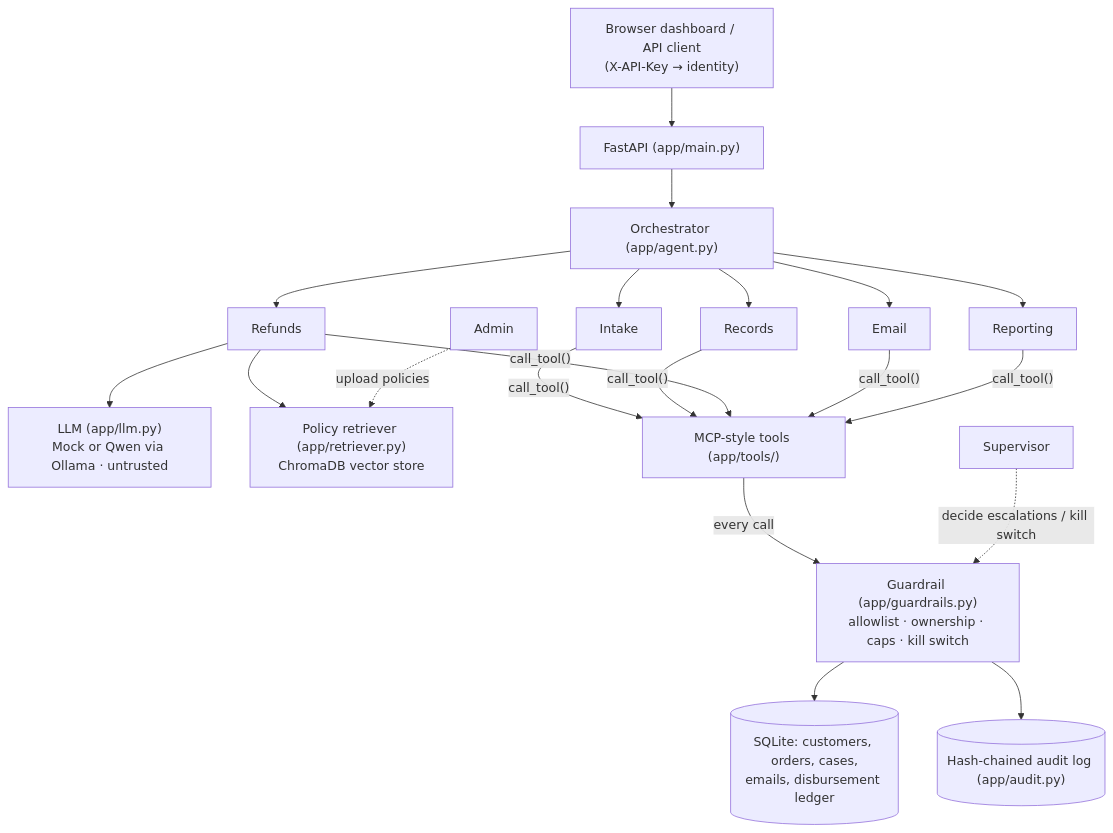
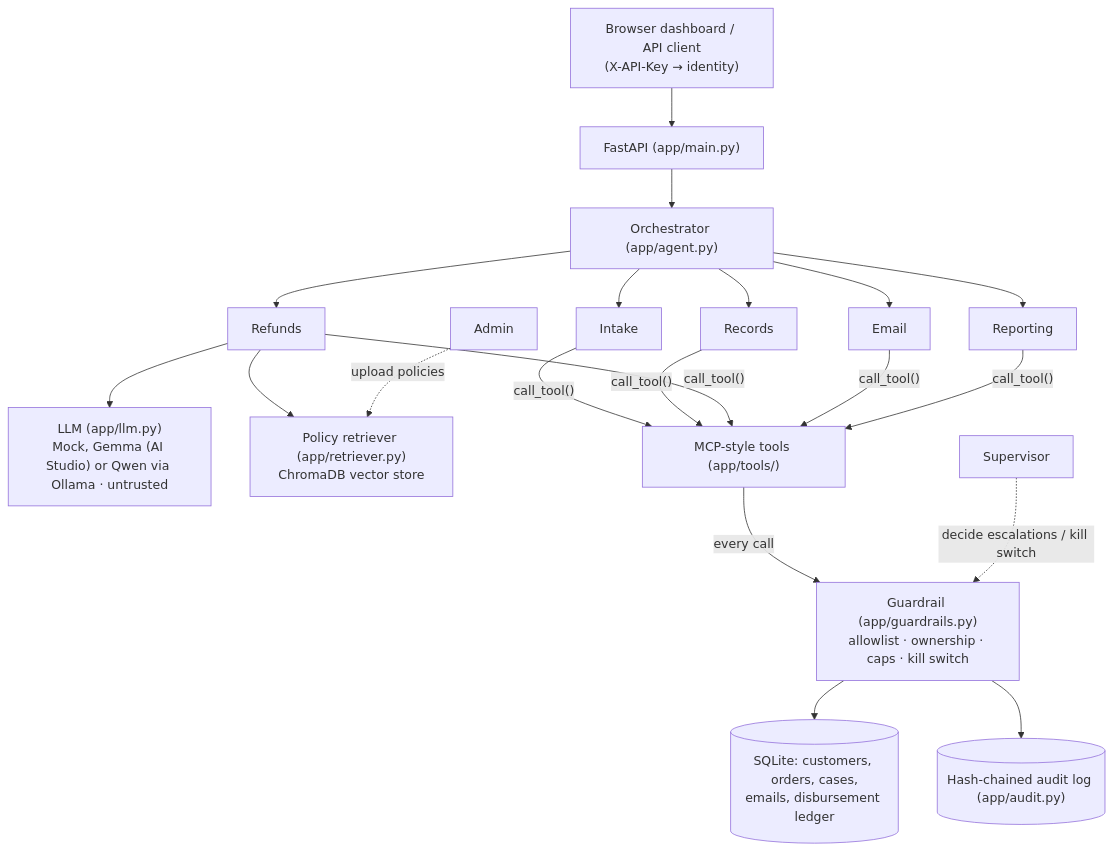
One commit to sujihancock/CSEN296-PROJECT-TEAM4 changed the diagram in README.md. Above: the diagram before and after it, drawn with Mermaid. The commit also changed other lines of this file and 9 other files, not shown here.

````diff
--- a/README.md
+++ b/README.md
@@ -53,14 +61,14 @@
 ```mermaid
 flowchart TD
     UI["Browser dashboard / API client<br/>(X-API-Key → identity)"] --> API["FastAPI (app/main.py)"]
     API --> Orch["Orchestrator (app/agent.py)"]
     Orch --> Intake & Records & Refunds & Email & Reporting
-    Refunds --> LLM["LLM (app/llm.py)<br/>Mock or Qwen via Ollama · untrusted"]
+    Refunds --> LLM["LLM (app/llm.py)<br/>Mock, Gemma (AI Studio) or Qwen via Ollama · untrusted"]
     Refunds --> RAG["Policy retriever (app/retriever.py)<br/>ChromaDB vector store"]
     Intake & Records & Refunds & Email & Reporting -->|"call_tool()"| Tools["MCP-style tools (app/tools/)"]
     Tools -->|"every call"| G["Guardrail (app/guardrails.py)<br/>allowlist · ownership · caps · kill switch"]
     G --> DB[("SQLite: customers, orders, cases,<br/>emails, disbursement ledger")]
     G --> Audit[("Hash-chained audit log (app/audit.py)")]
     Sup["Supervisor"] -.->|"decide escalations / kill switch"| G
     Admin["Admin"] -.->|"upload policies"| RAG
 ```
````
